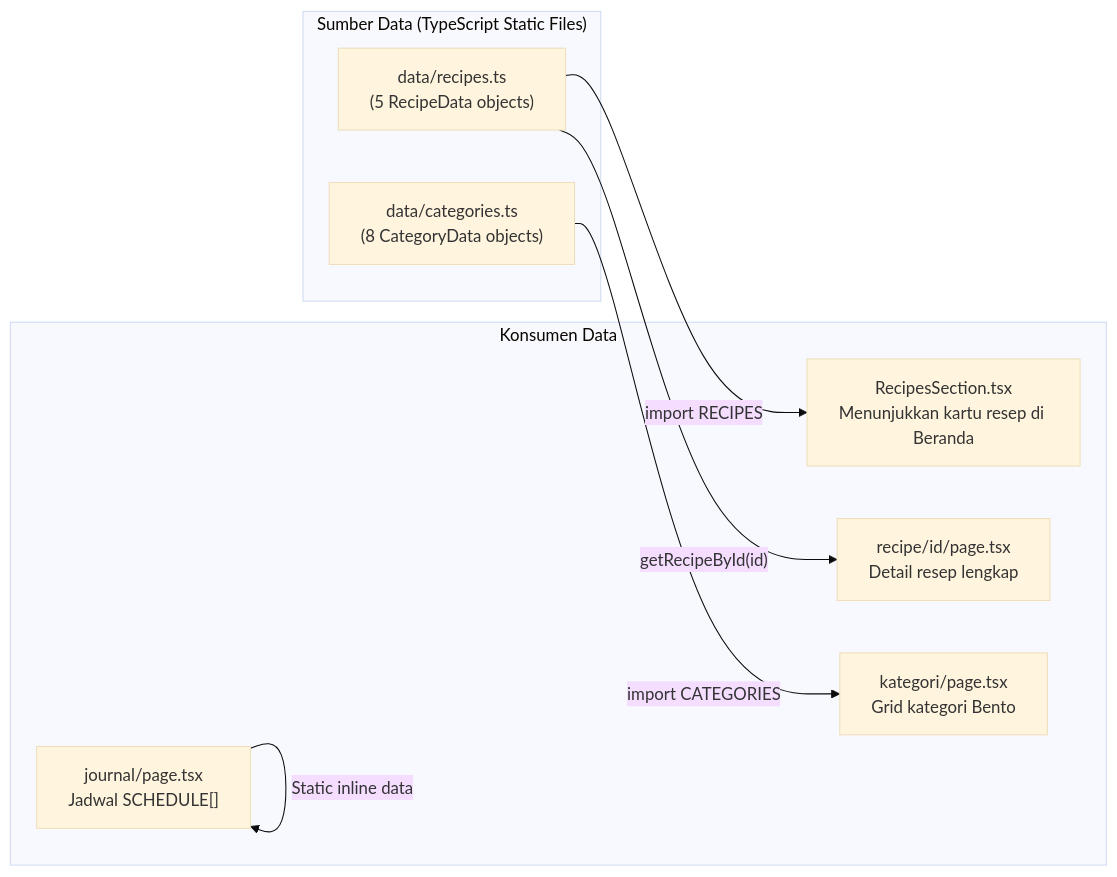
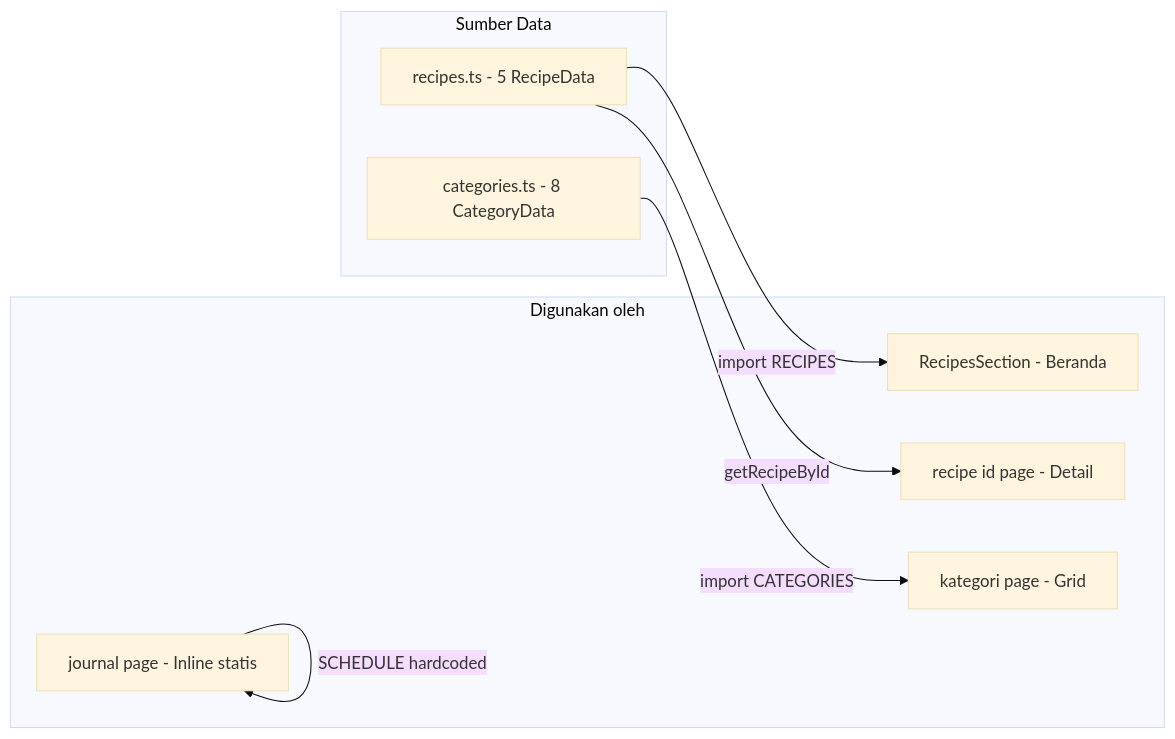
The fifth of 5 diagrams in technical_guide.md (nabilkencana/Resep-Makanan-Frontend), drawn with Mermaid (base theme) before and after one commit. The commit also changed other lines of this file and 1 other file, not shown here.

Commit message:
docs: update technical and simple project guides with detailed architecture and component information

````diff
--- a/technical_guide.md
+++ b/technical_guide.md
@@ -236,19 +364,19 @@
 ```mermaid
 graph LR
-    subgraph DataSource ["Sumber Data (TypeScript Static Files)"]
-        RecipesTS["data/recipes.ts\n(5 RecipeData objects)"]
-        CatsTS["data/categories.ts\n(8 CategoryData objects)"]
+    subgraph Src ["Sumber Data"]
+        RT["recipes.ts - 5 RecipeData"]
+        CT["categories.ts - 8 CategoryData"]
     end
 
-    subgraph Consumers ["Konsumen Data"]
-        RecSec["RecipesSection.tsx\nMenunjukkan kartu resep di Beranda"]
-        RecPage["recipe/id/page.tsx\nDetail resep lengkap"]
-        CatPage["kategori/page.tsx\nGrid kategori Bento"]
-        JourPage["journal/page.tsx\nJadwal SCHEDULE[]"]
+    subgraph Use ["Digunakan oleh"]
+        RS["RecipesSection - Beranda"]
+        RP["recipe id page - Detail"]
+        KP["kategori page - Grid"]
+        JP["journal page - Inline statis"]
     end
 
-    RecipesTS -->|"import RECIPES"| RecSec
-    RecipesTS -->|"getRecipeById(id)"| RecPage
-    CatsTS -->|"import CATEGORIES"| CatPage
-    JourPage -->|"Static inline data"| JourPage
+    RT -->|import RECIPES| RS
+    RT -->|getRecipeById| RP
+    CT -->|import CATEGORIES| KP
+    JP -->|SCHEDULE hardcoded| JP
 ```
````
